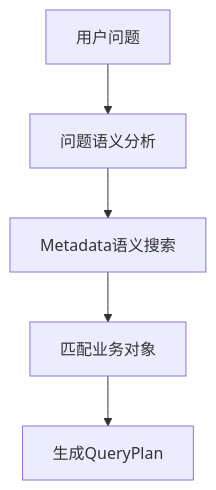
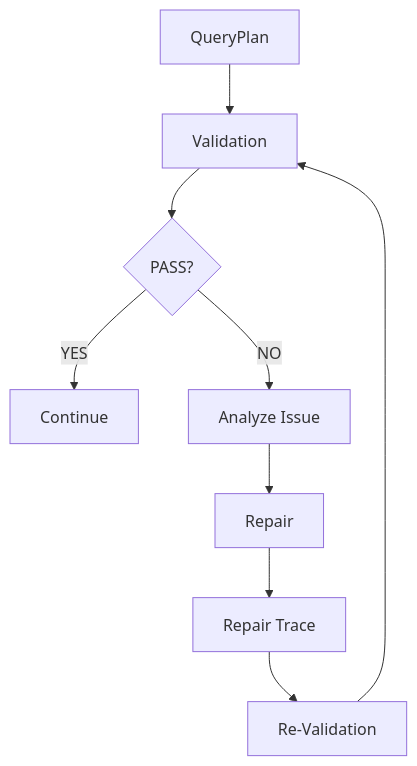
The fourth of 11 diagrams in SuperBulider_AI/wwwroot/Doc/SuperBuilder AI Native BI Phase开发计划.md (wenzhong0606-dev/SuperBuilder_AI), drawn with Mermaid before and after one commit. The commit also changed other lines of this file, not shown here.

````diff
--- a/SuperBulider_AI/wwwroot/Doc/SuperBuilder AI Native BI Phase开发计划.md
+++ b/SuperBulider_AI/wwwroot/Doc/SuperBuilder AI Native BI Phase开发计划.md
@@ -834,24 +1056,37 @@
 ```mermaid
 flowchart TD
 
-
-A[用户问题]
+A[QueryPlan]
 
 -->
 
-B[问题语义分析]
+B[Validation]
 
 -->
 
-C[Metadata语义搜索]
+C{PASS?}
+
+C -- YES -->
+
+D[Continue]
+
+C -- NO -->
+
+E[Analyze Issue]
 
 -->
 
-D[匹配业务对象]
+F[Repair]
 
 -->
 
-E[生成QueryPlan]
+G[Repair Trace]
 
+-->
 
+H[Re-Validation]
+
+-->
+
+B
 ```
````
